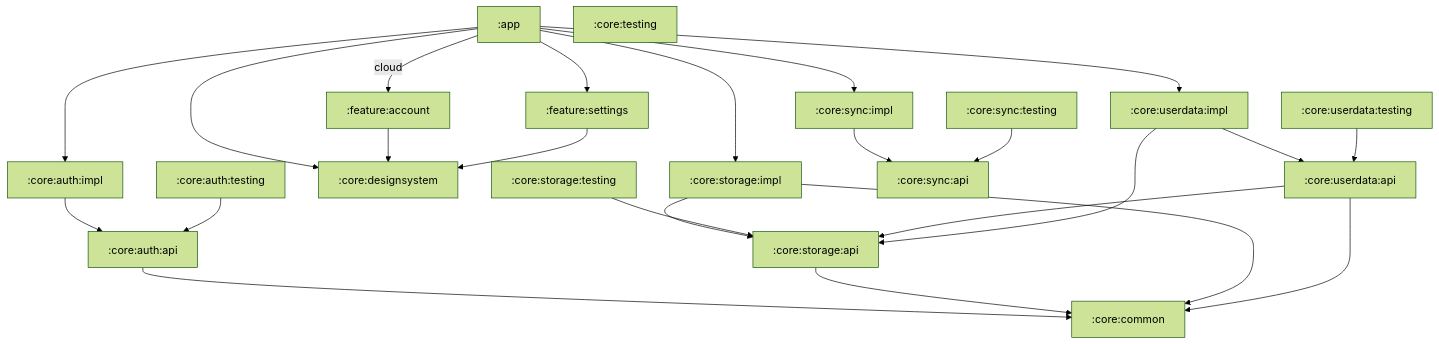
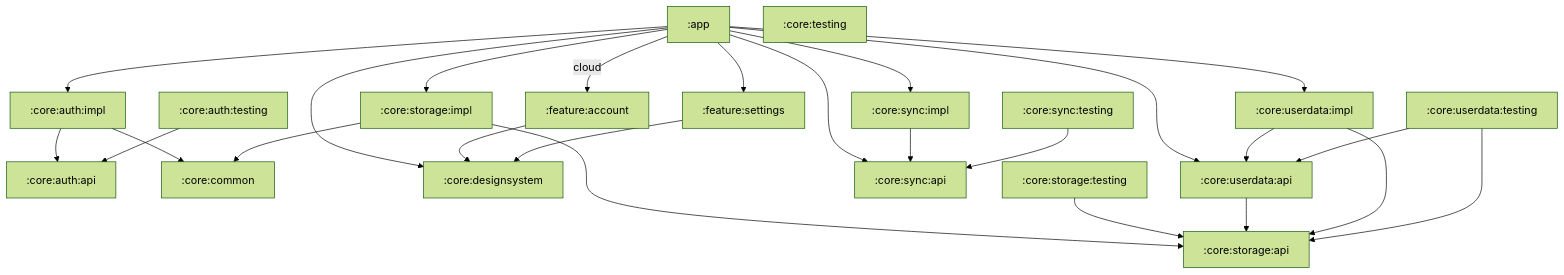
The diagram in README.md (toomanyeduardos/rolabox), drawn with Mermaid (forest theme) before and after one commit. The commit also changed other lines of this file and 33 other files, not shown here.

````diff
--- a/README.md
+++ b/README.md
@@ -136,44 +139,45 @@
 ```mermaid
 graph TD
     app[":app"]
     core_auth_api[":core:auth:api"]
     core_auth_impl[":core:auth:impl"]
     core_auth_testing[":core:auth:testing"]
     core_common[":core:common"]
     core_designsystem[":core:designsystem"]
     core_storage_api[":core:storage:api"]
     core_storage_impl[":core:storage:impl"]
     core_storage_testing[":core:storage:testing"]
     core_sync_api[":core:sync:api"]
     core_sync_impl[":core:sync:impl"]
     core_sync_testing[":core:sync:testing"]
     core_testing[":core:testing"]
     core_userdata_api[":core:userdata:api"]
     core_userdata_impl[":core:userdata:impl"]
     core_userdata_testing[":core:userdata:testing"]
     feature_account[":feature:account"]
     feature_settings[":feature:settings"]
     app --> core_auth_impl
     app --> core_designsystem
     app --> core_storage_impl
+    app --> core_sync_api
     app --> core_sync_impl
+    app --> core_userdata_api
     app --> core_userdata_impl
     app -->|cloud| feature_account
     app --> feature_settings
-    core_auth_api --> core_common
     core_auth_impl --> core_auth_api
+    core_auth_impl --> core_common
     core_auth_testing --> core_auth_api
-    core_storage_api --> core_common
     core_storage_impl --> core_common
     core_storage_impl --> core_storage_api
     core_storage_testing --> core_storage_api
     core_sync_impl --> core_sync_api
     core_sync_testing --> core_sync_api
-    core_userdata_api --> core_common
     core_userdata_api --> core_storage_api
     core_userdata_impl --> core_storage_api
     core_userdata_impl --> core_userdata_api
+    core_userdata_testing --> core_storage_api
     core_userdata_testing --> core_userdata_api
     feature_account --> core_designsystem
     feature_settings --> core_designsystem
 ```
````
